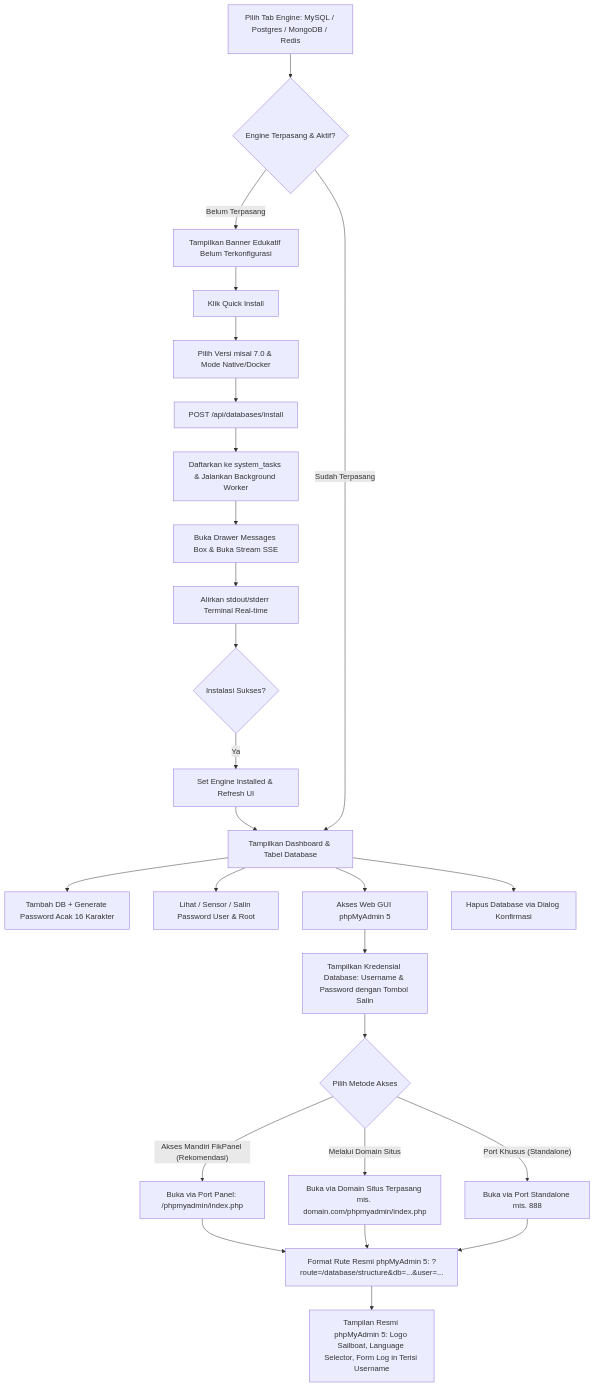
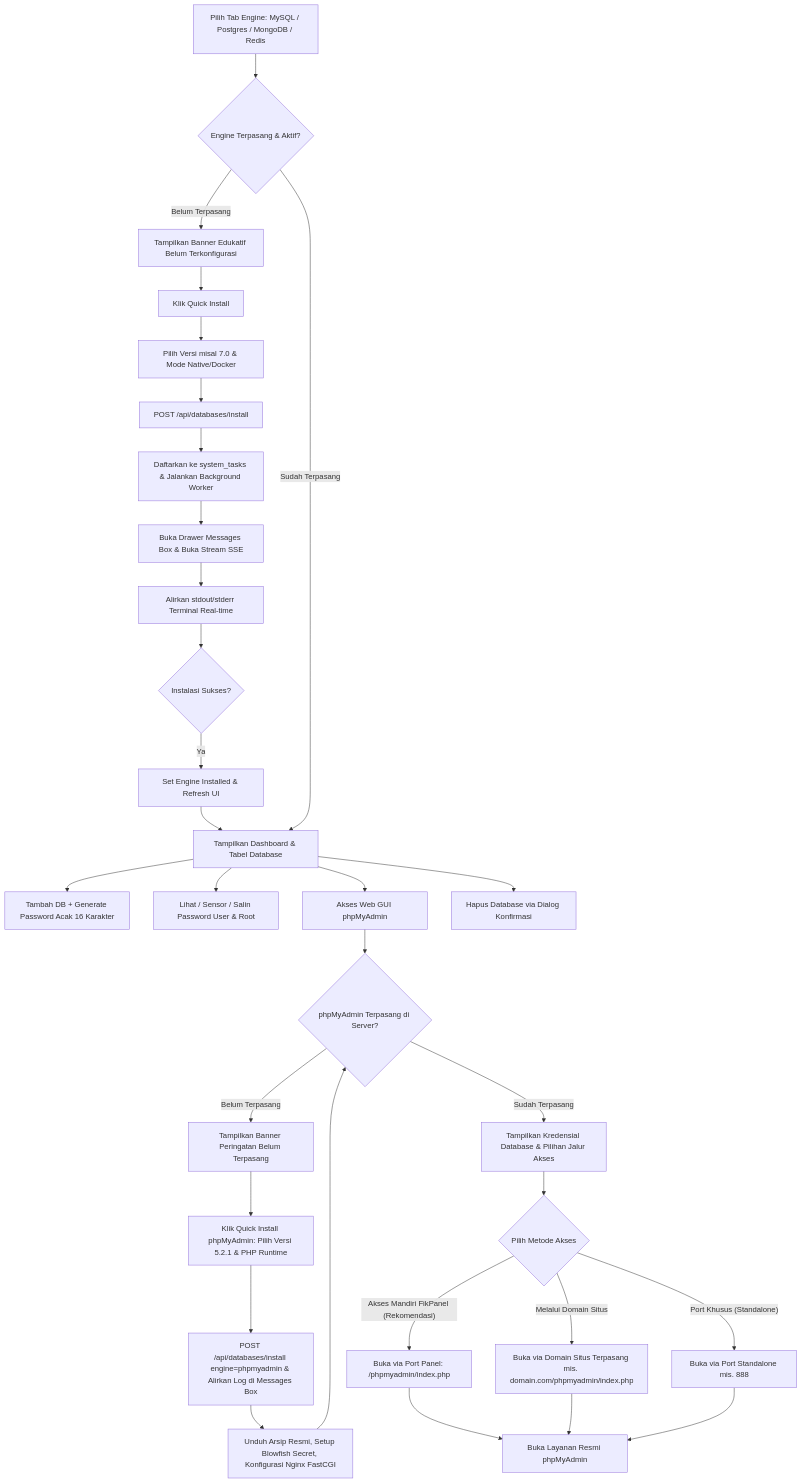
One commit to FikFikk/fikpanel changed the fourth of 4 diagrams in documentation.md. Above: the diagram before and after it, drawn with Mermaid. The commit also changed 30 other files, not shown here.

Commit message:
feat(database): require quick install for official phpmyadmin before access

````diff
--- a/documentation.md
+++ b/documentation.md
@@ -86,30 +86,35 @@
 ```mermaid
 flowchart TD
     PilihEngine[Pilih Tab Engine: MySQL / Postgres / MongoDB / Redis] --> CekTerpasang{Engine Terpasang & Aktif?}
     
     CekTerpasang -- Belum Terpasang --> EmptyState[Tampilkan Banner Edukatif Belum Terkonfigurasi]
     EmptyState --> KlikInstall[Klik Quick Install]
     KlikInstall --> ModalVersi[Pilih Versi misal 7.0 & Mode Native/Docker]
     ModalVersi --> PicuInstall[POST /api/databases/install]
     PicuInstall --> TaskQueue[Daftarkan ke system_tasks & Jalankan Background Worker]
     TaskQueue --> MessagesBox[Buka Drawer Messages Box & Buka Stream SSE]
     MessagesBox --> StreamLog[Alirkan stdout/stderr Terminal Real-time]
     StreamLog --> SelesaiInstall{Instalasi Sukses?}
     SelesaiInstall -- Ya --> UpdateState[Set Engine Installed & Refresh UI]
     UpdateState --> DashboardDB
     
     CekTerpasang -- Sudah Terpasang --> DashboardDB[Tampilkan Dashboard & Tabel Database]
     DashboardDB --> TambahDB[Tambah DB + Generate Password Acak 16 Karakter]
     DashboardDB --> KelolaPass[Lihat / Sensor / Salin Password User & Root]
-    DashboardDB --> WebGUI[Akses Web GUI phpMyAdmin 5]
-    WebGUI --> TampilKredensial[Tampilkan Kredensial Database: Username & Password dengan Tombol Salin]
+    DashboardDB --> WebGUI[Akses Web GUI phpMyAdmin]
+    WebGUI --> CekPmaInstalled{phpMyAdmin Terpasang di Server?}
+    CekPmaInstalled -- Belum Terpasang --> PmaNotInstalled[Tampilkan Banner Peringatan Belum Terpasang]
+    PmaNotInstalled --> QuickInstallPMA[Klik Quick Install phpMyAdmin: Pilih Versi 5.2.1 & PHP Runtime]
+    QuickInstallPMA --> AntreanPMA[POST /api/databases/install engine=phpmyadmin & Alirkan Log di Messages Box]
+    AntreanPMA --> SelesaiPMA[Unduh Arsip Resmi, Setup Blowfish Secret, Konfigurasi Nginx FastCGI]
+    SelesaiPMA --> CekPmaInstalled
+    CekPmaInstalled -- Sudah Terpasang --> TampilKredensial[Tampilkan Kredensial Database & Pilihan Jalur Akses]
     TampilKredensial --> PilihAkses{Pilih Metode Akses}
     PilihAkses -- Akses Mandiri FikPanel (Rekomendasi) --> AksesPanel[Buka via Port Panel: /phpmyadmin/index.php]
     PilihAkses -- Melalui Domain Situs --> AksesDomain[Buka via Domain Situs Terpasang mis. domain.com/phpmyadmin/index.php]
     PilihAkses -- Port Khusus (Standalone) --> AksesPort[Buka via Port Standalone mis. 888]
-    AksesPanel --> RuteResmi[Format Rute Resmi phpMyAdmin 5: ?route=/database/structure&db=...&user=...]
+    AksesPanel --> RuteResmi[Buka Layanan Resmi phpMyAdmin]
     AksesDomain --> RuteResmi
     AksesPort --> RuteResmi
-    RuteResmi --> TampilanPMA[Tampilan Resmi phpMyAdmin 5: Logo Sailboat, Language Selector, Form Log in Terisi Username]
     DashboardDB --> HapusDB[Hapus Database via Dialog Konfirmasi]
 ```
````
